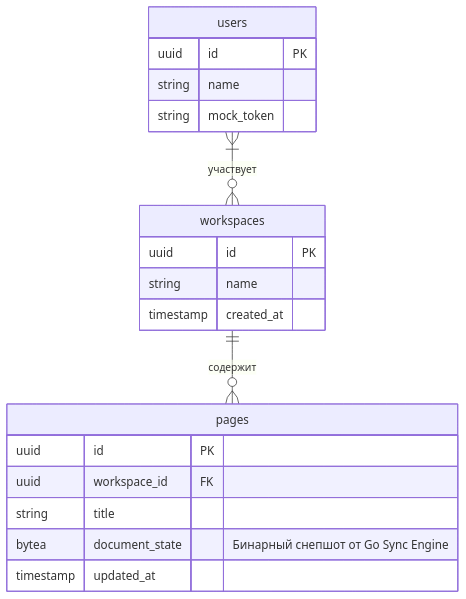
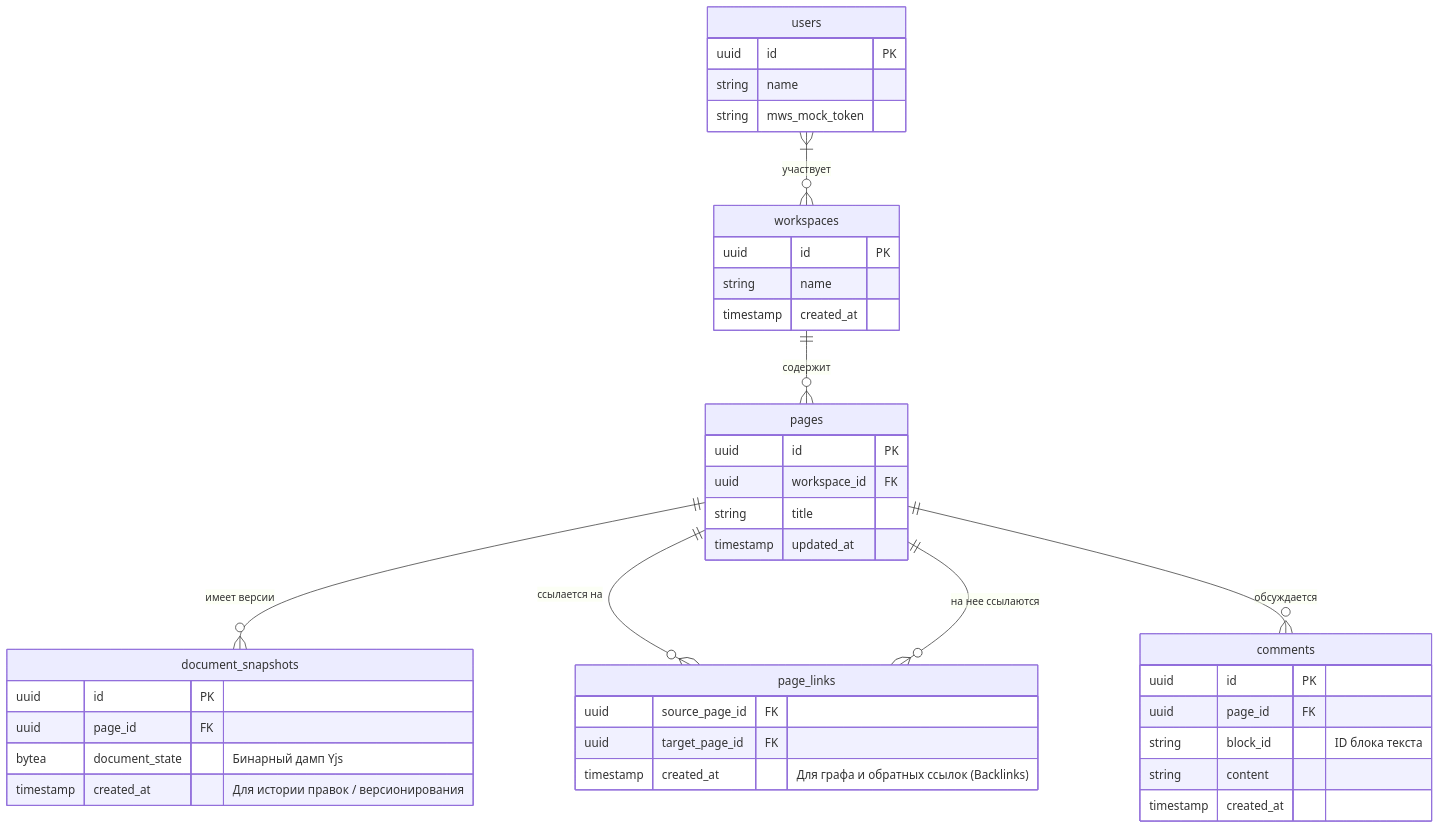
One commit to Tomsk-Smart-Tech/mws-week-one changed the second of 4 diagrams in GEMINI.MD. Above: the diagram before and after it, drawn with Mermaid. The commit also changed other lines of this file, not shown here.

````diff
--- a/GEMINI.MD
+++ b/GEMINI.MD
@@ -54,25 +58,49 @@
 ```mermaid
 erDiagram
     users {
         uuid id PK
         string name
-        string mock_token
+        string mws_mock_token
     }
     
     workspaces {
         uuid id PK
         string name
         timestamp created_at
     }
     
     pages {
         uuid id PK
         uuid workspace_id FK
         string title
-        bytea document_state "Бинарный снепшот от Go Sync Engine"
         timestamp updated_at
     }
     
+    document_snapshots {
+        uuid id PK
+        uuid page_id FK
+        bytea document_state "Бинарный дамп Yjs"
+        timestamp created_at "Для истории правок / версионирования"
+    }
+    
+    page_links {
+        uuid source_page_id FK
+        uuid target_page_id FK
+        timestamp created_at "Для графа и обратных ссылок (Backlinks)"
+    }
+    
+    comments {
+        uuid id PK
+        uuid page_id FK
+        string block_id "ID блока текста"
+        string content
+        timestamp created_at
+    }
+
     workspaces ||--o{ pages : "содержит"
     users }|--o{ workspaces : "участвует"
+    pages ||--o{ document_snapshots : "имеет версии"
+    pages ||--o{ page_links : "ссылается на"
+    pages ||--o{ page_links : "на нее ссылаются"
+    pages ||--o{ comments : "обсуждается"
 ```
````
